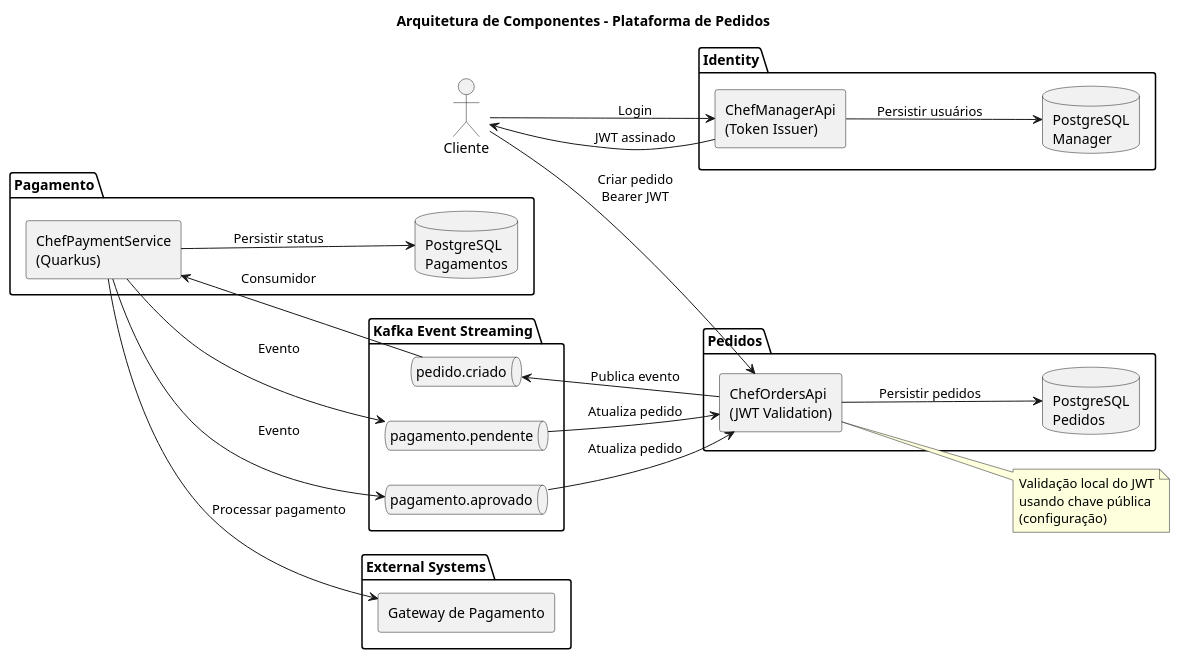
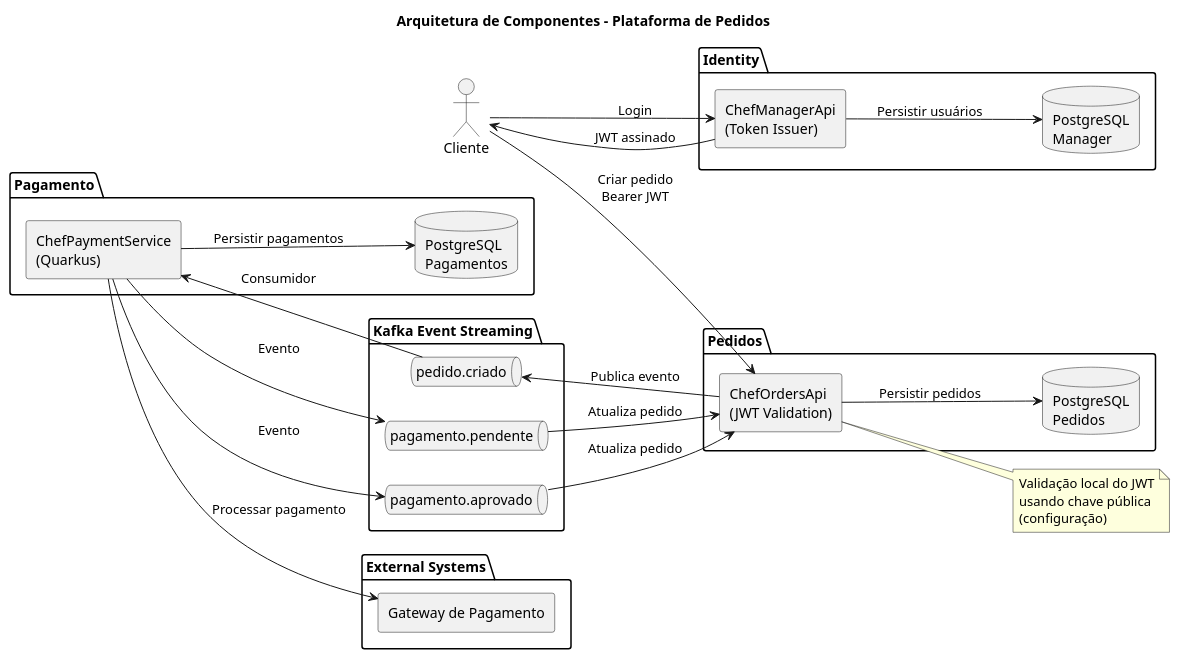
One commit to 10ADJT-Tech-Challenge/tech-challenge-workspace changed the diagram in diagramas/diagrama-de-componentes.puml. Above: the diagram before and after it, drawn with PlantUML.

Commit message:
Update component diagram to clarify PaymentDB interaction description

```diff
--- a/diagramas/diagrama-de-componentes.puml
+++ b/diagramas/diagrama-de-componentes.puml
@@ -1,78 +1,78 @@
 @startuml
 title Arquitetura de Componentes - Plataforma de Pedidos
 
 left to right direction
 skinparam componentStyle rectangle
 
 actor Cliente
 
 ' =========================
 ' Identity
 ' =========================
 package "Identity" {
   component "ChefManagerApi\n(Token Issuer)" as Auth
   database "PostgreSQL\nManager" as ManagerDB
 }
 
 ' =========================
 ' Pedidos
 ' =========================
 package "Pedidos" {
   component "ChefOrdersApi\n(JWT Validation)" as Orders
   database "PostgreSQL\nPedidos" as OrderDB
 }
 
 ' =========================
 ' Event Streaming
 ' =========================
 package "Kafka Event Streaming" {
   queue "pedido.criado" as PedidoCriado
   queue "pagamento.pendente" as PagamentoPendente
   queue "pagamento.aprovado" as PagamentoAprovado
 }
 
 ' =========================
 ' Pagamento
 ' =========================
 package "Pagamento" {
   component "ChefPaymentService\n(Quarkus)" as Payment
   database "PostgreSQL\nPagamentos" as PaymentDB
 }
 
 ' =========================
 ' Sistemas externos
 ' =========================
 package "External Systems" {
   component "Gateway de Pagamento" as Gateway
 }
 
 ' =========================
 ' Fluxos
 ' =========================
 
 Cliente --> Auth : Login
 Auth --> Cliente : JWT assinado
 Auth --> ManagerDB : Persistir usuários
 
 Cliente --> Orders : Criar pedido\nBearer JWT
 
 note right of Orders
 Validação local do JWT
 usando chave pública
 (configuração)
 end note
 
 Orders --> PedidoCriado : Publica evento
 Orders --> OrderDB : Persistir pedidos
 
 PedidoCriado --> Payment : Consumidor
 
 Payment --> Gateway : Processar pagamento
-Payment --> PaymentDB : Persistir status
+Payment --> PaymentDB : Persistir pagamentos
 
 Payment --> PagamentoPendente : Evento
 Payment --> PagamentoAprovado : Evento
 
 PagamentoPendente --> Orders : Atualiza pedido
 PagamentoAprovado --> Orders : Atualiza pedido
 @enduml
```
